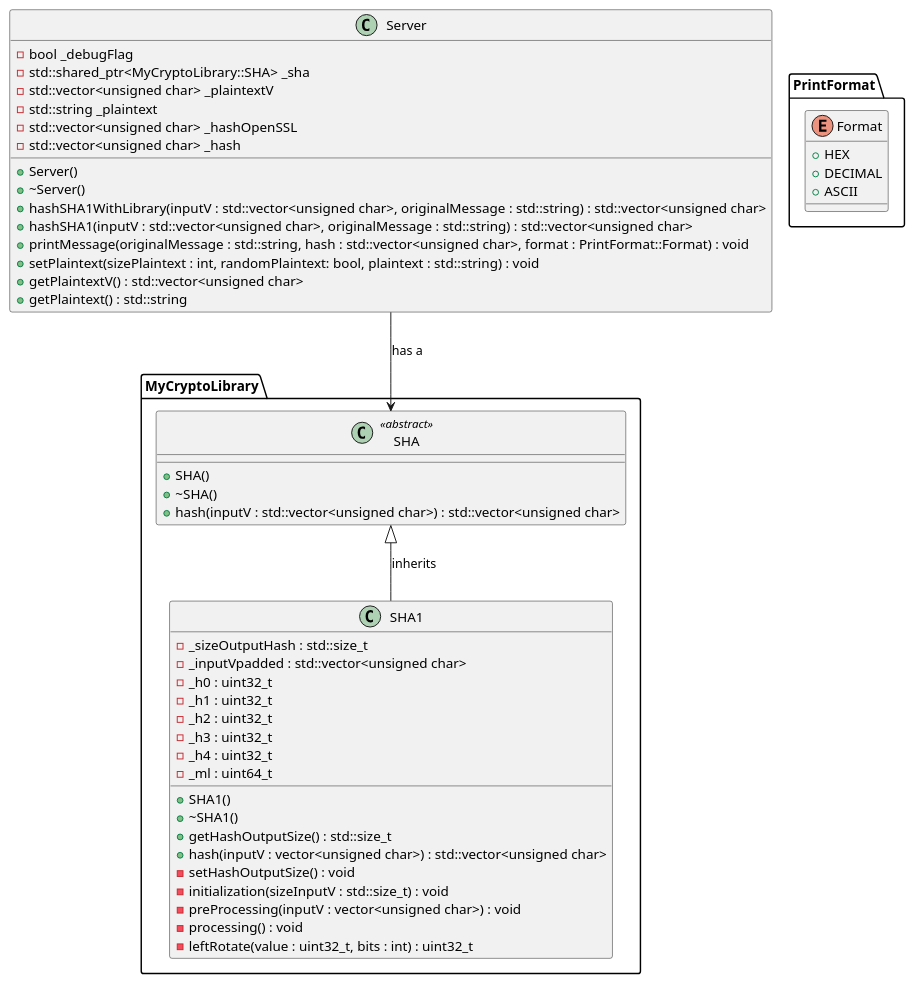
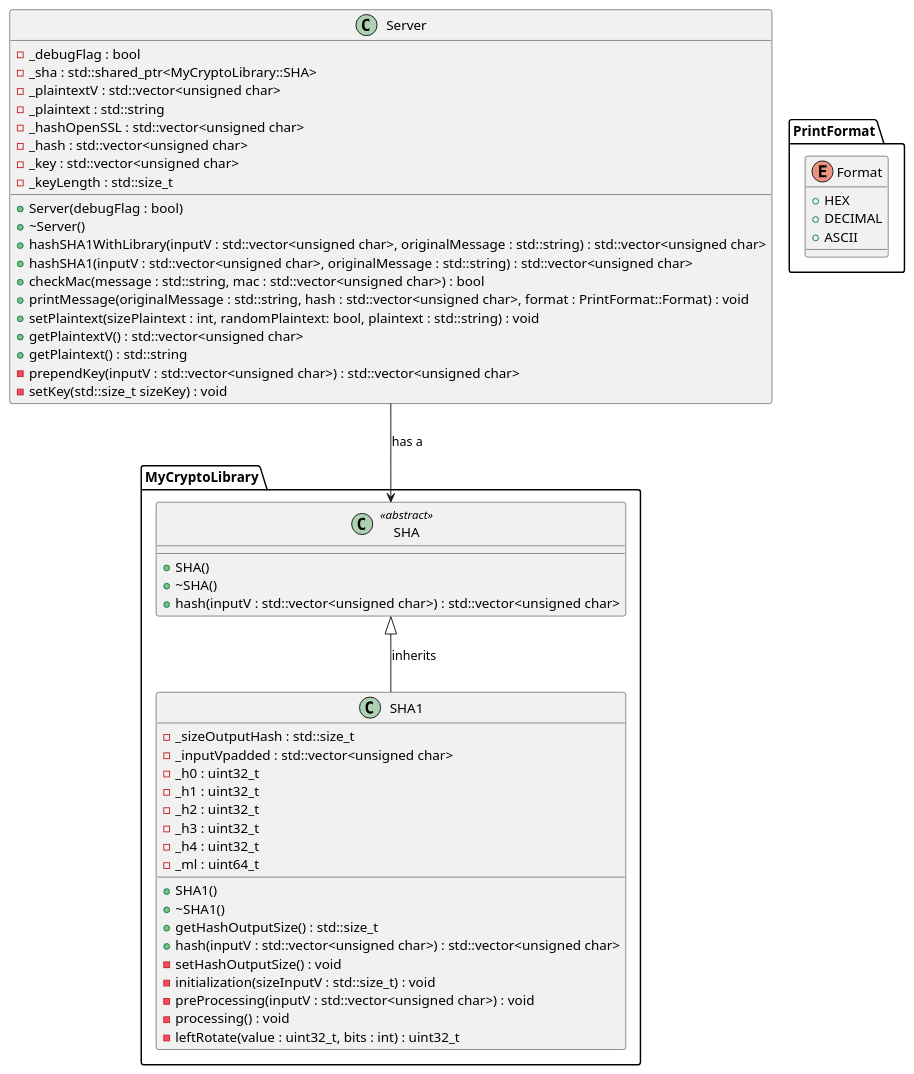
Before and after one commit to Photon-einstein/Cryptopals: the diagram in Cryptopals_resolutions/4-Set_4/cryptopals_set_4_problem_28/cryptopals_set_4_problem_28.puml, drawn with PlantUML. The commit also changed 4 other files, not shown here.

Commit message:
Update Uml

```diff
--- a/Cryptopals_resolutions/4-Set_4/cryptopals_set_4_problem_28/cryptopals_set_4_problem_28.puml
+++ b/Cryptopals_resolutions/4-Set_4/cryptopals_set_4_problem_28/cryptopals_set_4_problem_28.puml
@@ -1,63 +1,68 @@
 @startuml
 
 namespace PrintFormat {
     enum Format {
         +HEX 
         +DECIMAL 
         +ASCII
     }
 }
 
 class Server {
-    - bool _debugFlag
-    - std::shared_ptr<MyCryptoLibrary::SHA> _sha
-    - std::vector<unsigned char> _plaintextV
-    - std::string _plaintext
-    - std::vector<unsigned char> _hashOpenSSL
-    - std::vector<unsigned char> _hash
+    - _debugFlag : bool
+    - _sha : std::shared_ptr<MyCryptoLibrary::SHA>
+    - _plaintextV : std::vector<unsigned char> 
+    - _plaintext : std::string
+    - _hashOpenSSL : std::vector<unsigned char>
+    - _hash : std::vector<unsigned char>
+    - _key : std::vector<unsigned char>
+    - _keyLength : std::size_t
 
-    + Server()
+    + Server(debugFlag : bool)
     + ~Server()
     + hashSHA1WithLibrary(inputV : std::vector<unsigned char>, originalMessage : std::string) : std::vector<unsigned char>
     + hashSHA1(inputV : std::vector<unsigned char>, originalMessage : std::string) : std::vector<unsigned char>
+    + checkMac(message : std::string, mac : std::vector<unsigned char>) : bool
     + printMessage(originalMessage : std::string, hash : std::vector<unsigned char>, format : PrintFormat::Format) : void
     + setPlaintext(sizePlaintext : int, randomPlaintext: bool, plaintext : std::string) : void
     + getPlaintextV() : std::vector<unsigned char>
-    + getPlaintext() : std::string 
+    + getPlaintext() : std::string
+    - prependKey(inputV : std::vector<unsigned char>) : std::vector<unsigned char>
+    - setKey(std::size_t sizeKey) : void
+
 }
 
 namespace MyCryptoLibrary {
     class SHA <<abstract>> {
         + SHA()
         + ~SHA()
         + hash(inputV : std::vector<unsigned char>) : std::vector<unsigned char>
-
     }
 
     class SHA1 {
         - _sizeOutputHash : std::size_t
         - _inputVpadded : std::vector<unsigned char>
         - _h0 : uint32_t
         - _h1 : uint32_t
         - _h2 : uint32_t
         - _h3 : uint32_t
         - _h4 : uint32_t
         - _ml : uint64_t
 
         + SHA1()
         + ~SHA1()
         + getHashOutputSize() : std::size_t
-        + hash(inputV : vector<unsigned char>) : std::vector<unsigned char>
+        + hash(inputV : std::vector<unsigned char>) : std::vector<unsigned char>
         - setHashOutputSize() : void
         - initialization(sizeInputV : std::size_t) : void
-        - preProcessing(inputV : vector<unsigned char>) : void
+        - preProcessing(inputV : std::vector<unsigned char>) : void
         - processing() : void
         - leftRotate(value : uint32_t, bits : int) : uint32_t
     }
 
     SHA <|-- SHA1 : "inherits"
 }
 
 Server --> MyCryptoLibrary.SHA : "has a"
 
 @enduml
```
